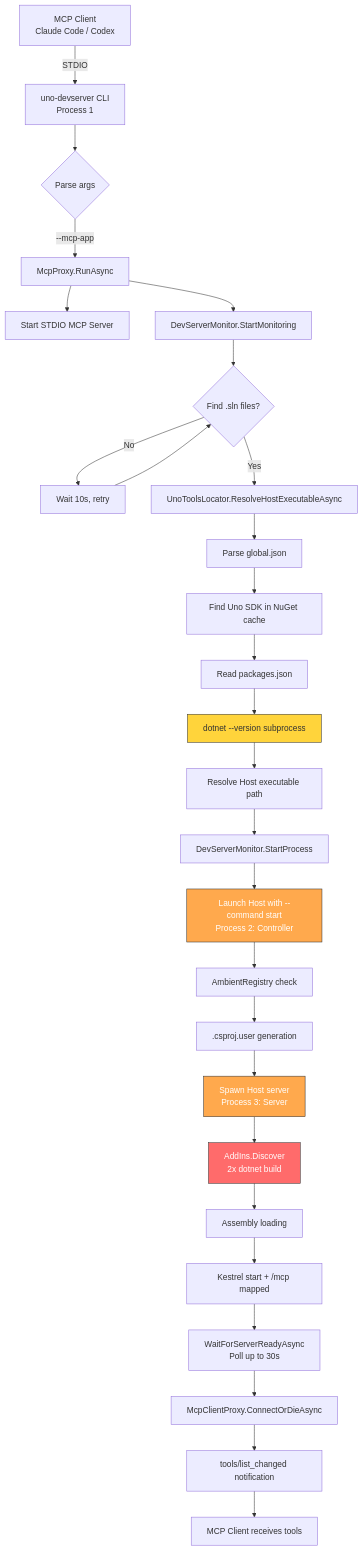
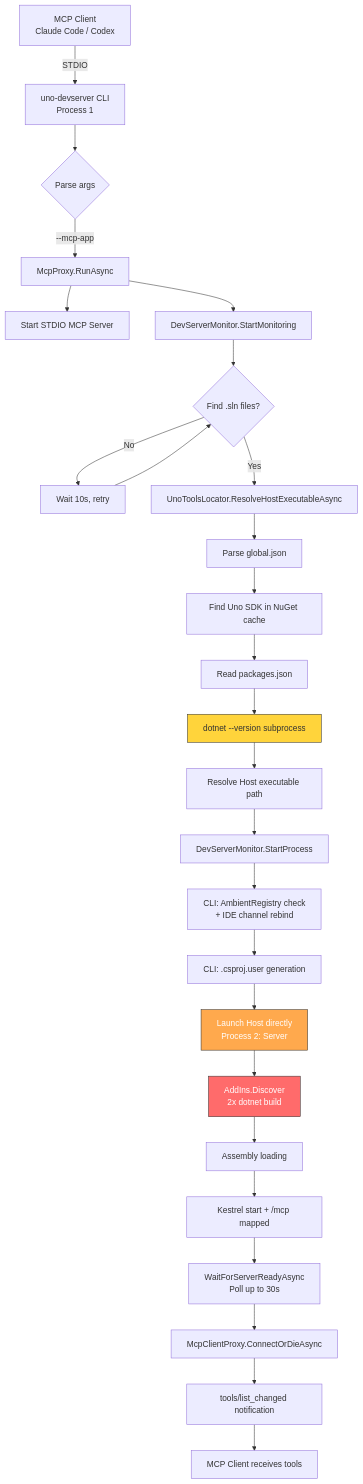
Before and after one commit to unoplatform/uno: the first of 12 diagrams in specs/001-fast-devserver-startup/spec-appendix-a-startup-workflow.md, drawn with Mermaid. The commit also changed other lines of this file and 4 other files, not shown here.

````diff
--- a/specs/001-fast-devserver-startup/spec-appendix-a-startup-workflow.md
+++ b/specs/001-fast-devserver-startup/spec-appendix-a-startup-workflow.md
@@ -24,34 +24,32 @@
 ```mermaid
 flowchart TD
     A[MCP Client<br/>Claude Code / Codex] -->|STDIO| B[uno-devserver CLI<br/>Process 1]
     B --> C{Parse args}
     C -->|--mcp-app| D[McpProxy.RunAsync]
     D --> E[Start STDIO MCP Server]
     D --> F[DevServerMonitor.StartMonitoring]
     F --> G{Find .sln files?}
     G -->|No| H[Wait 10s, retry]
     H --> G
     G -->|Yes| I[UnoToolsLocator.ResolveHostExecutableAsync]
     I --> J[Parse global.json]
     J --> K[Find Uno SDK in NuGet cache]
     K --> L[Read packages.json]
     L --> M[dotnet --version subprocess]
     M --> N[Resolve Host executable path]
     N --> O[DevServerMonitor.StartProcess]
-    O --> P[Launch Host with --command start<br/>Process 2: Controller]
-    P --> Q[AmbientRegistry check]
-    Q --> R[.csproj.user generation]
-    R --> S[Spawn Host server<br/>Process 3: Server]
+    O --> P[CLI: AmbientRegistry check<br/>+ IDE channel rebind]
+    P --> Q[CLI: .csproj.user generation]
+    Q --> S[Launch Host directly<br/>Process 2: Server]
     S --> T[AddIns.Discover<br/>2x dotnet build]
     T --> U[Assembly loading]
     U --> V[Kestrel start + /mcp mapped]
     V --> W[WaitForServerReadyAsync<br/>Poll up to 30s]
     W --> X[McpClientProxy.ConnectOrDieAsync]
     X --> Y[tools/list_changed notification]
     Y --> Z[MCP Client receives tools]
 
     style T fill:#ff6b6b,stroke:#333,color:#fff
-    style P fill:#ffa94d,stroke:#333,color:#fff
     style S fill:#ffa94d,stroke:#333,color:#fff
     style M fill:#ffd43b,stroke:#333
 ```
````
